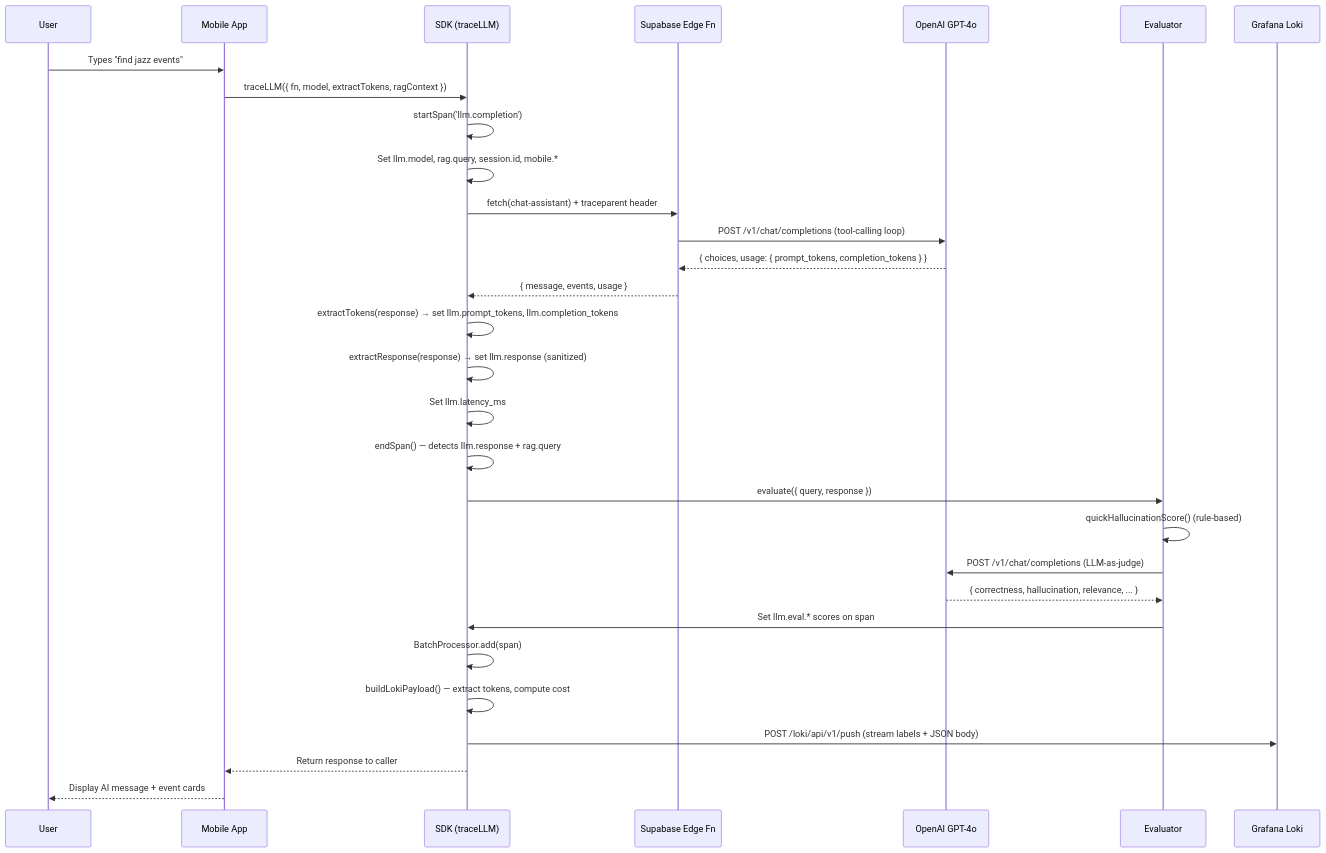
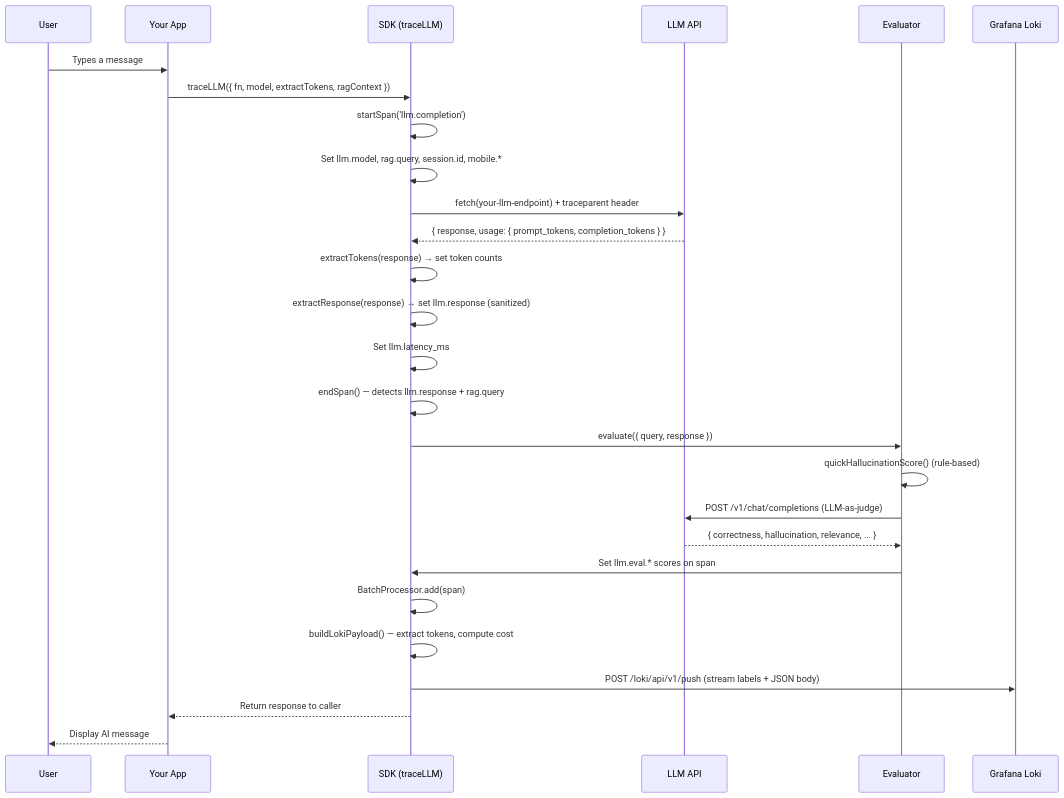
The third of 3 diagrams in README.md (AissaM7/llm-telemetry), drawn with Mermaid before and after one commit. The commit also changed other lines of this file, not shown here.

````diff
--- a/README.md
+++ b/README.md
@@ -605,38 +556,35 @@
 ```mermaid
 sequenceDiagram
     participant U as User
-    participant App as Mobile App
+    participant App as Your App
     participant SDK as SDK (traceLLM)
-    participant Edge as Supabase Edge Fn
-    participant AI as OpenAI GPT-4o
+    participant LLM as LLM API
     participant Eval as Evaluator
     participant Loki as Grafana Loki
     
-    U->>App: Types "find jazz events"
+    U->>App: Types a message
     App->>SDK: traceLLM({ fn, model, extractTokens, ragContext })
     SDK->>SDK: startSpan('llm.completion')
     SDK->>SDK: Set llm.model, rag.query, session.id, mobile.*
     
-    SDK->>Edge: fetch(chat-assistant) + traceparent header
-    Edge->>AI: POST /v1/chat/completions (tool-calling loop)
-    AI-->>Edge: { choices, usage: { prompt_tokens, completion_tokens } }
-    Edge-->>SDK: { message, events, usage }
+    SDK->>LLM: fetch(your-llm-endpoint) + traceparent header
+    LLM-->>SDK: { response, usage: { prompt_tokens, completion_tokens } }
     
-    SDK->>SDK: extractTokens(response) → set llm.prompt_tokens, llm.completion_tokens
+    SDK->>SDK: extractTokens(response) → set token counts
     SDK->>SDK: extractResponse(response) → set llm.response (sanitized)
     SDK->>SDK: Set llm.latency_ms
     
     SDK->>SDK: endSpan() — detects llm.response + rag.query
     SDK->>Eval: evaluate({ query, response })
     Eval->>Eval: quickHallucinationScore() (rule-based)
-    Eval->>AI: POST /v1/chat/completions (LLM-as-judge)
-    AI-->>Eval: { correctness, hallucination, relevance, ... }
+    Eval->>LLM: POST /v1/chat/completions (LLM-as-judge)
+    LLM-->>Eval: { correctness, hallucination, relevance, ... }
     Eval->>SDK: Set llm.eval.* scores on span
     
     SDK->>SDK: BatchProcessor.add(span)
     SDK->>SDK: buildLokiPayload() — extract tokens, compute cost
     SDK->>Loki: POST /loki/api/v1/push (stream labels + JSON body)
     
     SDK-->>App: Return response to caller
-    App-->>U: Display AI message + event cards
+    App-->>U: Display AI message
 ```
````
